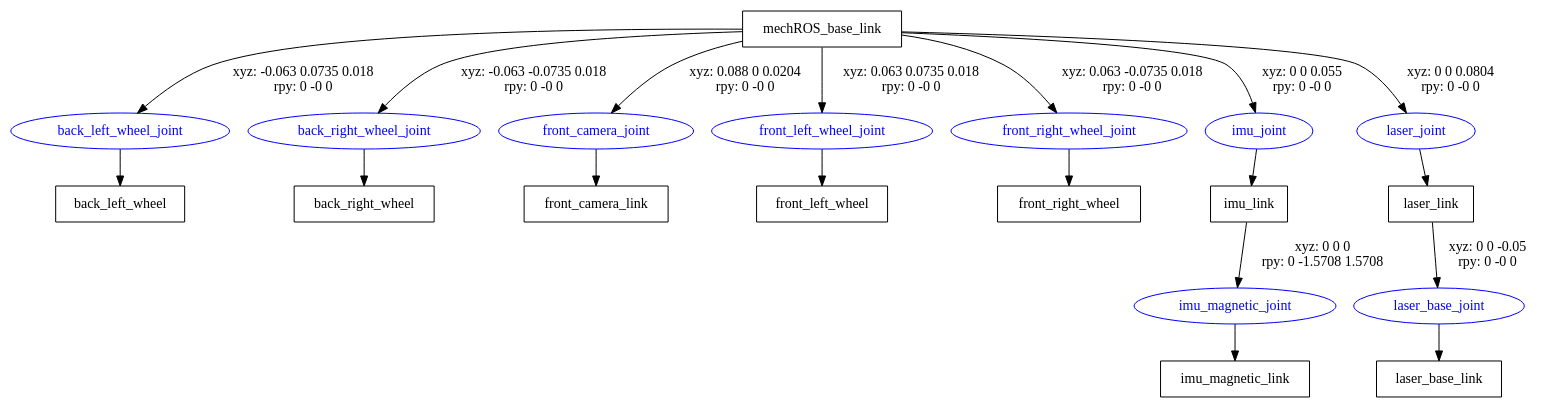
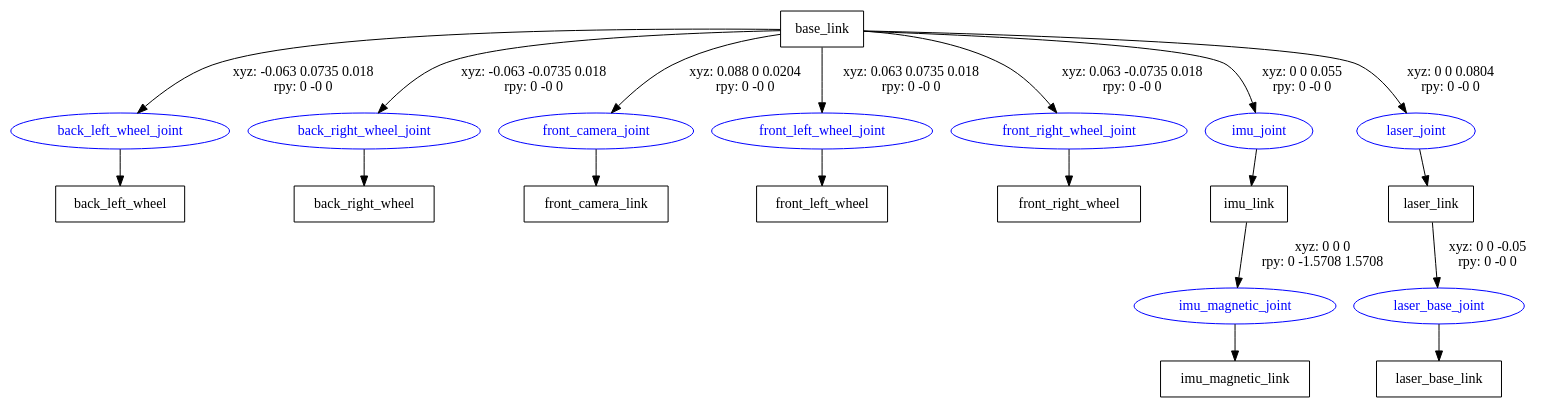
Before and after one commit to Vpatrik/mech_ros: the diagram in robot_description/urdf/mechROS.gv, drawn with Graphviz. The commit also changed 6 other files, not shown here.

```diff
--- a/robot_description/urdf/mechROS.gv
+++ b/robot_description/urdf/mechROS.gv
@@ -1,32 +1,32 @@
 digraph G {
 node [shape=box];
-"mechROS_base_link" [label="mechROS_base_link"];
+"base_link" [label="base_link"];
 "back_left_wheel" [label="back_left_wheel"];
 "back_right_wheel" [label="back_right_wheel"];
 "front_camera_link" [label="front_camera_link"];
 "front_left_wheel" [label="front_left_wheel"];
 "front_right_wheel" [label="front_right_wheel"];
 "imu_link" [label="imu_link"];
 "imu_magnetic_link" [label="imu_magnetic_link"];
 "laser_link" [label="laser_link"];
 "laser_base_link" [label="laser_base_link"];
 node [shape=ellipse, color=blue, fontcolor=blue];
-"mechROS_base_link" -> "back_left_wheel_joint" [label="xyz: -0.063 0.0735 0.018 \nrpy: 0 -0 0"]
+"base_link" -> "back_left_wheel_joint" [label="xyz: -0.063 0.0735 0.018 \nrpy: 0 -0 0"]
 "back_left_wheel_joint" -> "back_left_wheel"
-"mechROS_base_link" -> "back_right_wheel_joint" [label="xyz: -0.063 -0.0735 0.018 \nrpy: 0 -0 0"]
+"base_link" -> "back_right_wheel_joint" [label="xyz: -0.063 -0.0735 0.018 \nrpy: 0 -0 0"]
 "back_right_wheel_joint" -> "back_right_wheel"
-"mechROS_base_link" -> "front_camera_joint" [label="xyz: 0.088 0 0.0204 \nrpy: 0 -0 0"]
+"base_link" -> "front_camera_joint" [label="xyz: 0.088 0 0.0204 \nrpy: 0 -0 0"]
 "front_camera_joint" -> "front_camera_link"
-"mechROS_base_link" -> "front_left_wheel_joint" [label="xyz: 0.063 0.0735 0.018 \nrpy: 0 -0 0"]
+"base_link" -> "front_left_wheel_joint" [label="xyz: 0.063 0.0735 0.018 \nrpy: 0 -0 0"]
 "front_left_wheel_joint" -> "front_left_wheel"
-"mechROS_base_link" -> "front_right_wheel_joint" [label="xyz: 0.063 -0.0735 0.018 \nrpy: 0 -0 0"]
+"base_link" -> "front_right_wheel_joint" [label="xyz: 0.063 -0.0735 0.018 \nrpy: 0 -0 0"]
 "front_right_wheel_joint" -> "front_right_wheel"
-"mechROS_base_link" -> "imu_joint" [label="xyz: 0 0 0.055 \nrpy: 0 -0 0"]
+"base_link" -> "imu_joint" [label="xyz: 0 0 0.055 \nrpy: 0 -0 0"]
 "imu_joint" -> "imu_link"
 "imu_link" -> "imu_magnetic_joint" [label="xyz: 0 0 0 \nrpy: 0 -1.5708 1.5708"]
 "imu_magnetic_joint" -> "imu_magnetic_link"
-"mechROS_base_link" -> "laser_joint" [label="xyz: 0 0 0.0804 \nrpy: 0 -0 0"]
+"base_link" -> "laser_joint" [label="xyz: 0 0 0.0804 \nrpy: 0 -0 0"]
 "laser_joint" -> "laser_link"
 "laser_link" -> "laser_base_joint" [label="xyz: 0 0 -0.05 \nrpy: 0 -0 0"]
 "laser_base_joint" -> "laser_base_link"
 }
```
